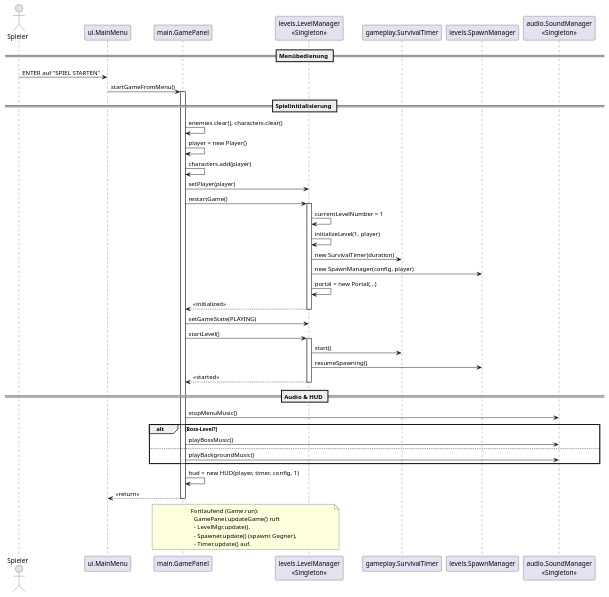
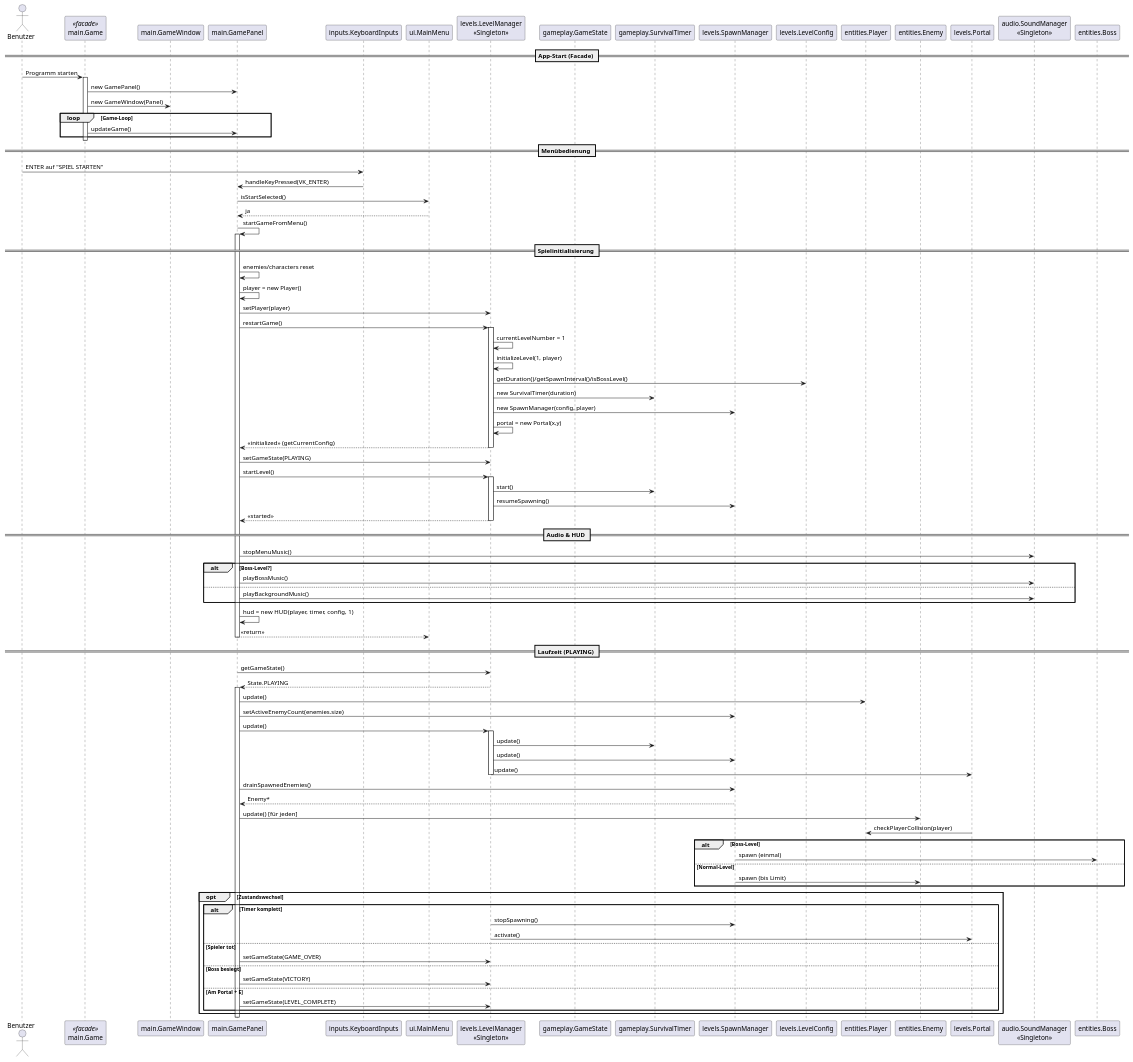
Before and after one commit to Karim-Termanini/DataKeeper-Semester3: the diagram in DataKeeper/docs/uml/sequence-start-game.puml, drawn with PlantUML. The commit also changed 7 other files, not shown here.

```diff
--- a/DataKeeper/docs/uml/sequence-start-game.puml
+++ b/DataKeeper/docs/uml/sequence-start-game.puml
@@ -1,60 +1,108 @@
 @startuml
-' Sequence diagram: Use case "Spiel starten" for DataKeeper — generated 2025-10-24
-' Player starts from MainMenu; GamePanel coordinates with LevelManager to start a level.
+' Sequence: Spiel starten + Laufzeit mit Facade, GameState und LevelConfig
 
-actor Spieler as Player
+actor Benutzer as User
+participant "main.Game" as Game <<facade>>
+participant "main.GameWindow" as Fenster
+participant "main.GamePanel" as Panel
+participant "inputs.KeyboardInputs" as Inputs
 participant "ui.MainMenu" as MainMenu
-participant "main.GamePanel" as GamePanel
 participant "levels.LevelManager\n<<Singleton>>" as LevelMgr
+participant "gameplay.GameState" as State
 participant "gameplay.SurvivalTimer" as Timer
 participant "levels.SpawnManager" as Spawner
+participant "levels.LevelConfig" as Config
+participant "entities.Player" as Player
+participant "entities.Enemy" as Enemy
+participant "levels.Portal" as Portal
 participant "audio.SoundManager\n<<Singleton>>" as Audio
 
+== App-Start (Facade) ==
+User -> Game: Programm starten
+activate Game
+Game -> Panel: new GamePanel()
+Game -> Fenster: new GameWindow(Panel)
+loop Game-Loop
+  Game -> Panel: updateGame()
+end
+deactivate Game
+
 == Menübedienung ==
-Player -> MainMenu: ENTER auf "SPIEL STARTEN"
-MainMenu -> GamePanel: startGameFromMenu()
-activate GamePanel
+User -> Inputs: ENTER auf "SPIEL STARTEN"
+Inputs -> Panel: handleKeyPressed(VK_ENTER)
+Panel -> MainMenu: isStartSelected()
+MainMenu --> Panel: ja
+Panel -> Panel: startGameFromMenu()
+activate Panel
 
 == Spielinitialisierung ==
-GamePanel -> GamePanel: enemies.clear(), characters.clear()
-GamePanel -> GamePanel: player = new Player()
-GamePanel -> GamePanel: characters.add(player)
-GamePanel -> LevelMgr: setPlayer(player)
-GamePanel -> LevelMgr: restartGame()
+Panel -> Panel: enemies/characters reset
+Panel -> Panel: player = new Player()
+Panel -> LevelMgr: setPlayer(player)
+Panel -> LevelMgr: restartGame()
 activate LevelMgr
 LevelMgr -> LevelMgr: currentLevelNumber = 1
 LevelMgr -> LevelMgr: initializeLevel(1, player)
+LevelMgr -> Config: getDuration()/getSpawnInterval()/isBossLevel()
 LevelMgr -> Timer: new SurvivalTimer(duration)
 LevelMgr -> Spawner: new SpawnManager(config, player)
-LevelMgr -> LevelMgr: portal = new Portal(...)
-LevelMgr --> GamePanel: «initialized»
+LevelMgr -> LevelMgr: portal = new Portal(x,y)
+LevelMgr --> Panel: «initialized» (getCurrentConfig)
 deactivate LevelMgr
 
-GamePanel -> LevelMgr: setGameState(PLAYING)
-GamePanel -> LevelMgr: startLevel()
+Panel -> LevelMgr: setGameState(PLAYING)
+Panel -> LevelMgr: startLevel()
 activate LevelMgr
 LevelMgr -> Timer: start()
 LevelMgr -> Spawner: resumeSpawning()
-LevelMgr --> GamePanel: «started»
+LevelMgr --> Panel: «started»
 deactivate LevelMgr
 
 == Audio & HUD ==
-GamePanel -> Audio: stopMenuMusic()
+Panel -> Audio: stopMenuMusic()
 alt Boss-Level?
-  GamePanel -> Audio: playBossMusic()
+  Panel -> Audio: playBossMusic()
 else
-  GamePanel -> Audio: playBackgroundMusic()
+  Panel -> Audio: playBackgroundMusic()
 end
-GamePanel -> GamePanel: hud = new HUD(player, timer, config, 1)
-GamePanel --> MainMenu: «return»
-deactivate GamePanel
+Panel -> Panel: hud = new HUD(player, timer, config, 1)
+Panel --> MainMenu: «return»
+deactivate Panel
 
-note over GamePanel,LevelMgr
-Fortlaufend (Game.run):
-  GamePanel.updateGame() ruft
-  - LevelMgr.update(),
-  - Spawner.update() (spawnt Gegner),
-  - Timer.update() auf.
-end note
+== Laufzeit (PLAYING) ==
+Panel -> LevelMgr: getGameState()
+LevelMgr --> Panel: State.PLAYING
+activate Panel
+Panel -> Player: update()
+Panel -> Spawner: setActiveEnemyCount(enemies.size)
+Panel -> LevelMgr: update()
+activate LevelMgr
+LevelMgr -> Timer: update()
+LevelMgr -> Spawner: update()
+LevelMgr -> Portal: update()
+deactivate LevelMgr
+Panel -> Spawner: drainSpawnedEnemies()
+Spawner --> Panel: Enemy*
+Panel -> Enemy: update() [für jeden]
+Portal -> Player: checkPlayerCollision(player)
+
+alt Boss-Level
+  Spawner -> "entities.Boss" as Boss: spawn (einmal)
+else Normal-Level
+  Spawner -> Enemy: spawn (bis Limit)
+end
+
+opt Zustandswechsel
+  alt Timer komplett
+    LevelMgr -> Spawner: stopSpawning()
+    LevelMgr -> Portal: activate()
+  else Spieler tot
+    Panel -> LevelMgr: setGameState(GAME_OVER)
+  else Boss besiegt
+    Panel -> LevelMgr: setGameState(VICTORY)
+  else Am Portal + E
+    Panel -> LevelMgr: setGameState(LEVEL_COMPLETE)
+  end
+end
 
 @enduml
```
